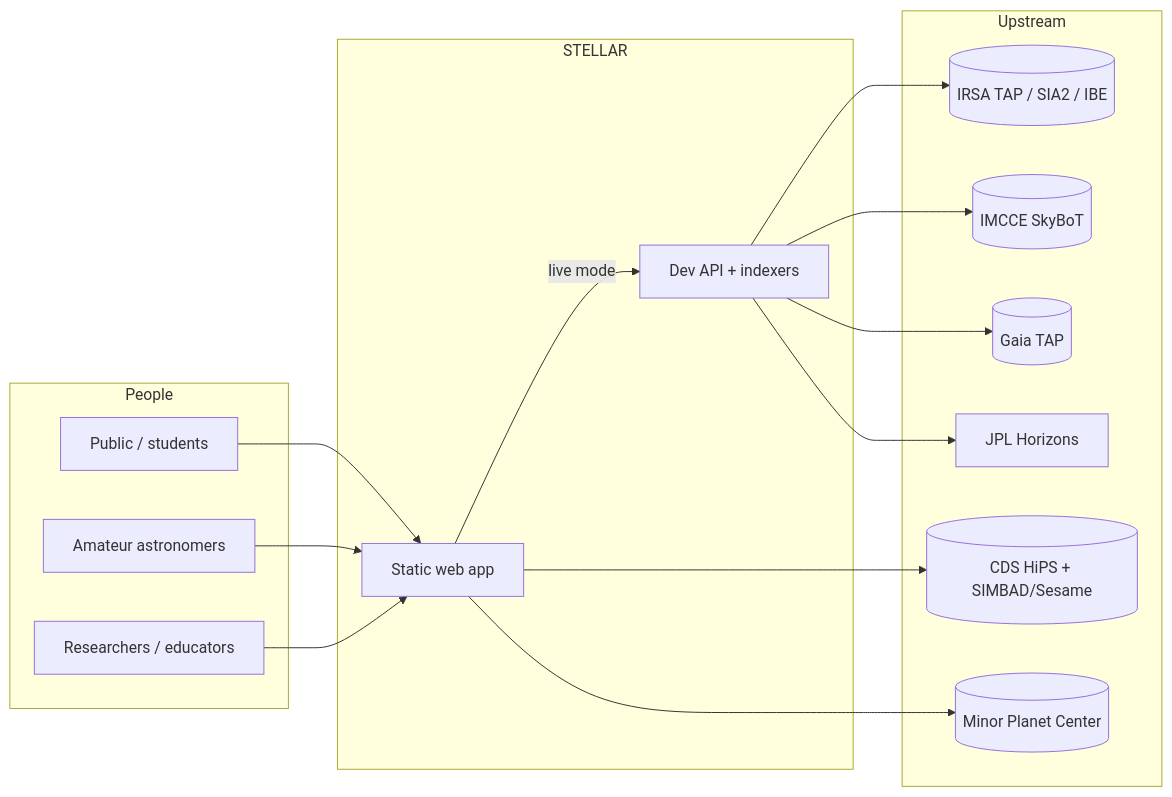
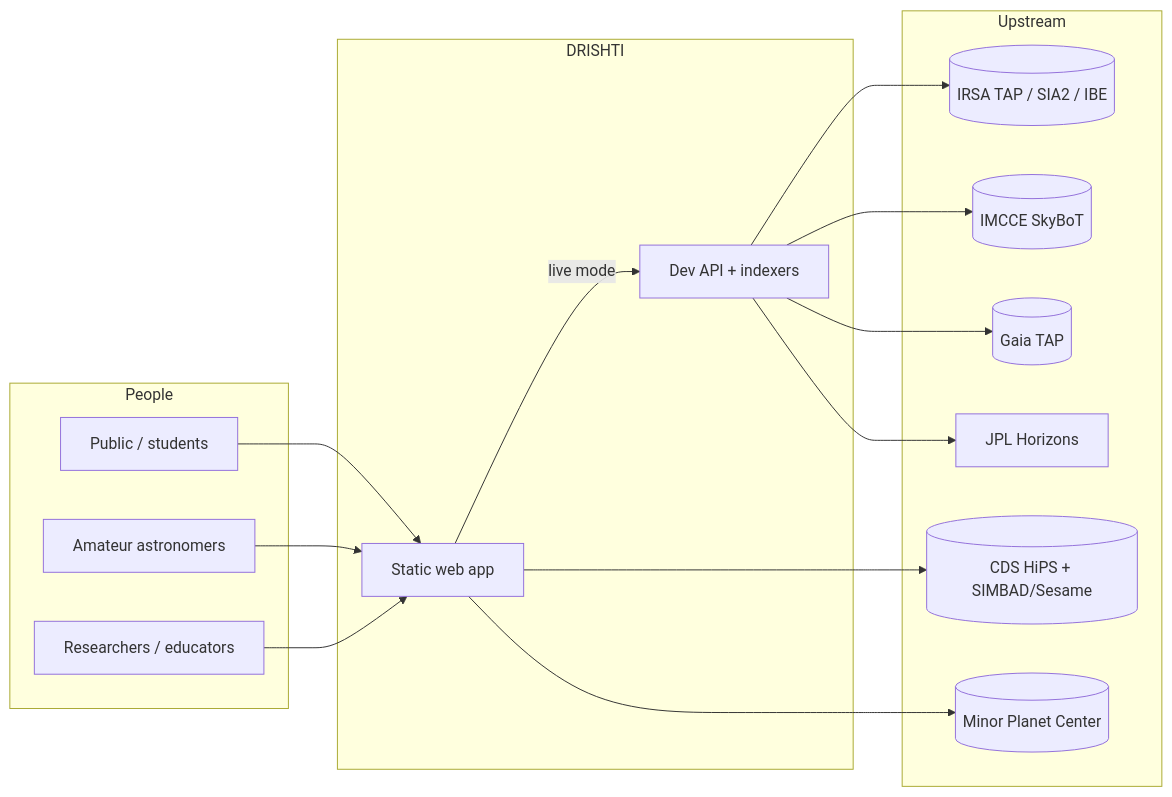
Before and after one commit to akashtori-13/drishti: the first of 4 diagrams in SYSTEM_DESIGN.md, drawn with Mermaid. The commit also changed other lines of this file and 60 other files, not shown here.

Commit message:
Rebrand STELLAR to DRISHTI with drishti.akashtori.space package ID

````diff
--- a/SYSTEM_DESIGN.md
+++ b/SYSTEM_DESIGN.md
@@ -12,30 +12,30 @@
 ```mermaid
 flowchart LR
     subgraph People
         PUB[Public / students]
         AM[Amateur astronomers]
         RES[Researchers / educators]
     end
-    subgraph STELLAR
+    subgraph DRISHTI
         APP[Static web app]
         API[Dev API + indexers]
     end
     subgraph Upstream
         IRSA[(IRSA TAP / SIA2 / IBE)]
         CDS[(CDS HiPS + SIMBAD/Sesame)]
         SKYBOT[(IMCCE SkyBoT)]
         GAIA[(Gaia TAP)]
         MPC[(Minor Planet Center)]
         HOR[JPL Horizons]
     end
     PUB --> APP
     AM --> APP
     RES --> APP
     APP -->|live mode| API
     API --> IRSA
     APP --> CDS
     API --> SKYBOT
     API --> GAIA
     APP --> MPC
     API --> HOR
 ```
````
